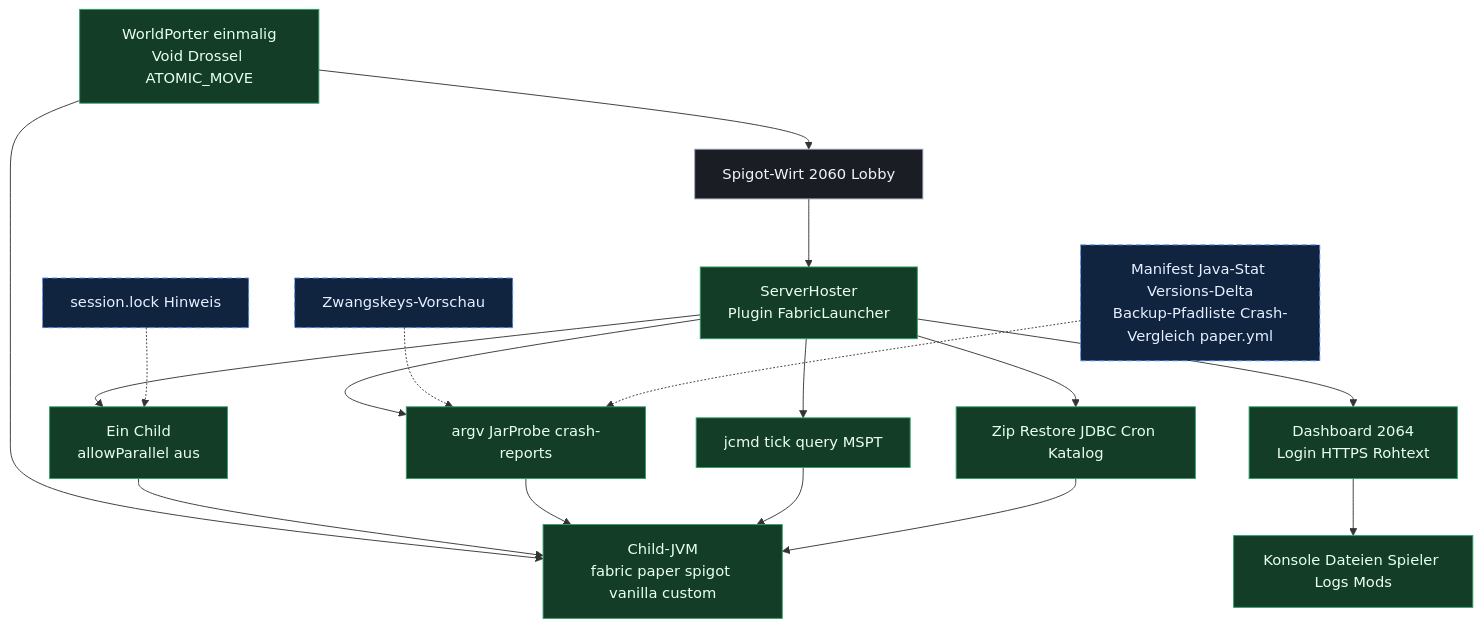
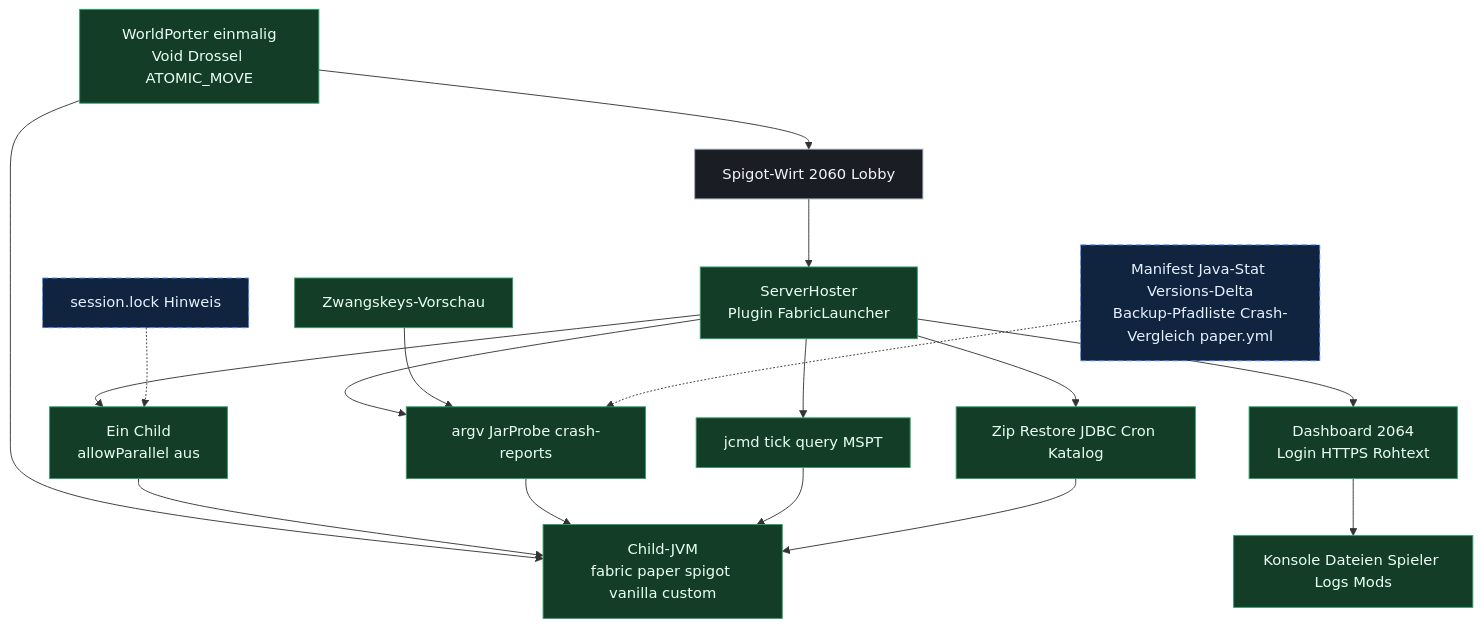
One commit to Sciddie/minecraft-serverhoster-plugin changed the diagram in README.md. Above: the diagram before and after it, drawn with Mermaid. The commit also changed other lines of this file and 11 other files, not shown here.

````diff
--- a/README.md
+++ b/README.md
@@ -19,39 +19,39 @@
 ```mermaid
 flowchart TB
   classDef live fill:#143d28,stroke:#2f9e68,color:#e9fff3
   classDef idea fill:#10243f,stroke:#4f8cff,color:#e7f0ff,stroke-dasharray: 6 4
   classDef core fill:#1a1d24,stroke:#9aa3b5,color:#f2f4f8
 
   SP[Spigot-Wirt 2060 Lobby]:::core
   WP[WorldPorter einmalig<br/>Void Drossel ATOMIC_MOVE]:::live
   PL[ServerHoster<br/>Plugin FabricLauncher]:::live
   SLOT[Ein Child<br/>allowParallel aus]:::live
   GAME[Child-JVM<br/>fabric paper spigot vanilla custom]:::live
 
   UI[Dashboard 2064<br/>Login HTTPS Rohtext]:::live
   OPS[Konsole Dateien Spieler Logs Mods]:::live
   PLAN[argv JarProbe crash-reports]:::live
   DIAG[jcmd tick query MSPT]:::live
   BACK[Zip Restore JDBC Cron Katalog]:::live
 
-  DRIFT[Zwangskeys-Vorschau]:::idea
+  DRIFT[Zwangskeys-Vorschau]:::live
   LOCK[session.lock Hinweis]:::idea
   MAYBE[Manifest Java-Stat Versions-Delta<br/>Backup-Pfadliste Crash-Vergleich paper.yml]:::idea
 
   SP --> PL
   WP --> SP
   WP --> GAME
   PL --> SLOT
   SLOT --> GAME
   PL --> UI
   UI --> OPS
   PL --> PLAN
   PL --> DIAG
   PL --> BACK
   PLAN --> GAME
   DIAG --> GAME
   BACK --> GAME
-  DRIFT -.-> PLAN
+  DRIFT --> PLAN
   LOCK -.-> SLOT
   MAYBE -.-> PLAN
 ```
````
